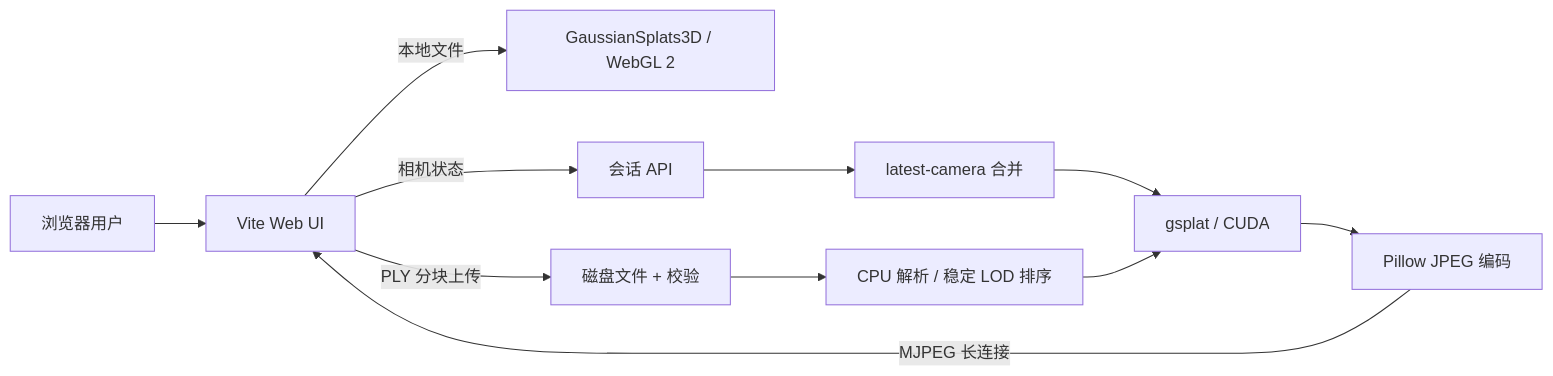
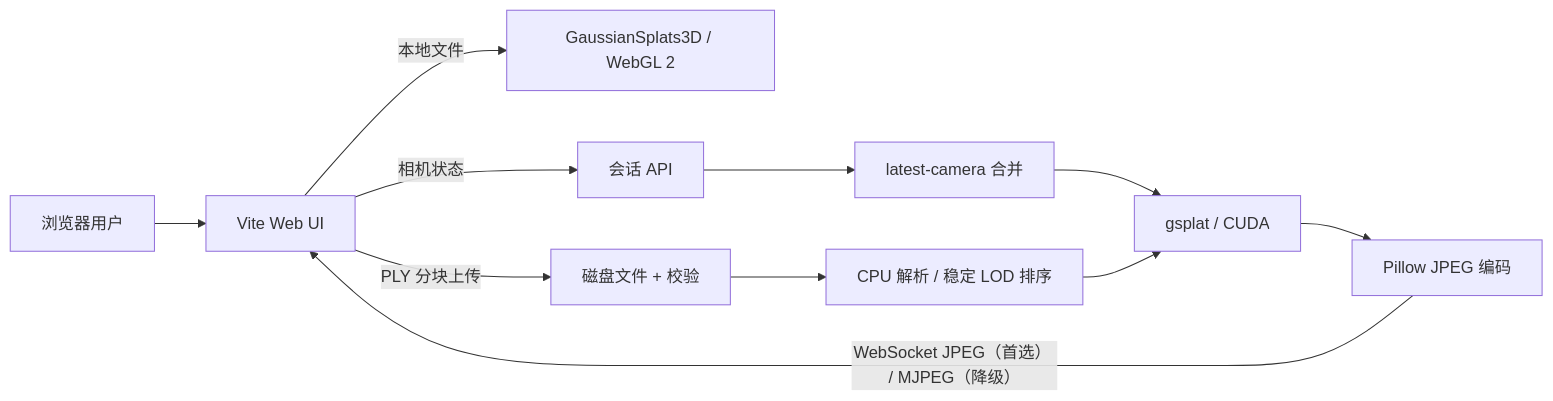
Before and after one commit to prologu/3DRender: the diagram in docs/ARCHITECTURE.md, drawn with Mermaid. The commit also changed other lines of this file and 12 other files, not shown here.

````diff
--- a/docs/ARCHITECTURE.md
+++ b/docs/ARCHITECTURE.md
@@ -5,13 +5,13 @@
 ```mermaid
 flowchart LR
     U["浏览器用户"] --> UI["Vite Web UI"]
     UI -->|"本地文件"| W["GaussianSplats3D / WebGL 2"]
     UI -->|"相机状态"| S["会话 API"]
     S --> C["latest-camera 合并"]
     C --> G["gsplat / CUDA"]
     G --> J["Pillow JPEG 编码"]
-    J -->|"MJPEG 长连接"| UI
+    J -->|"WebSocket JPEG（首选） / MJPEG（降级）"| UI
     UI -->|"PLY 分块上传"| P["磁盘文件 + 校验"]
     P --> M["CPU 解析 / 稳定 LOD 排序"]
     M --> G
 ```
````
